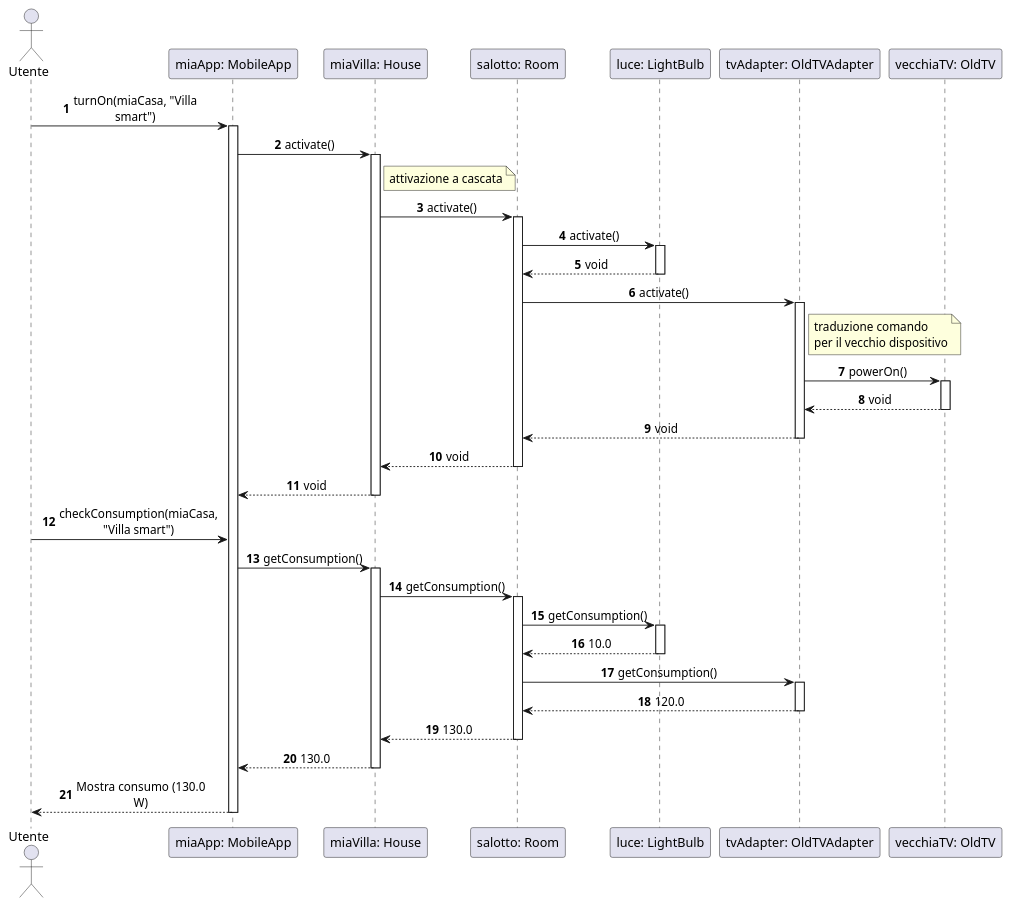
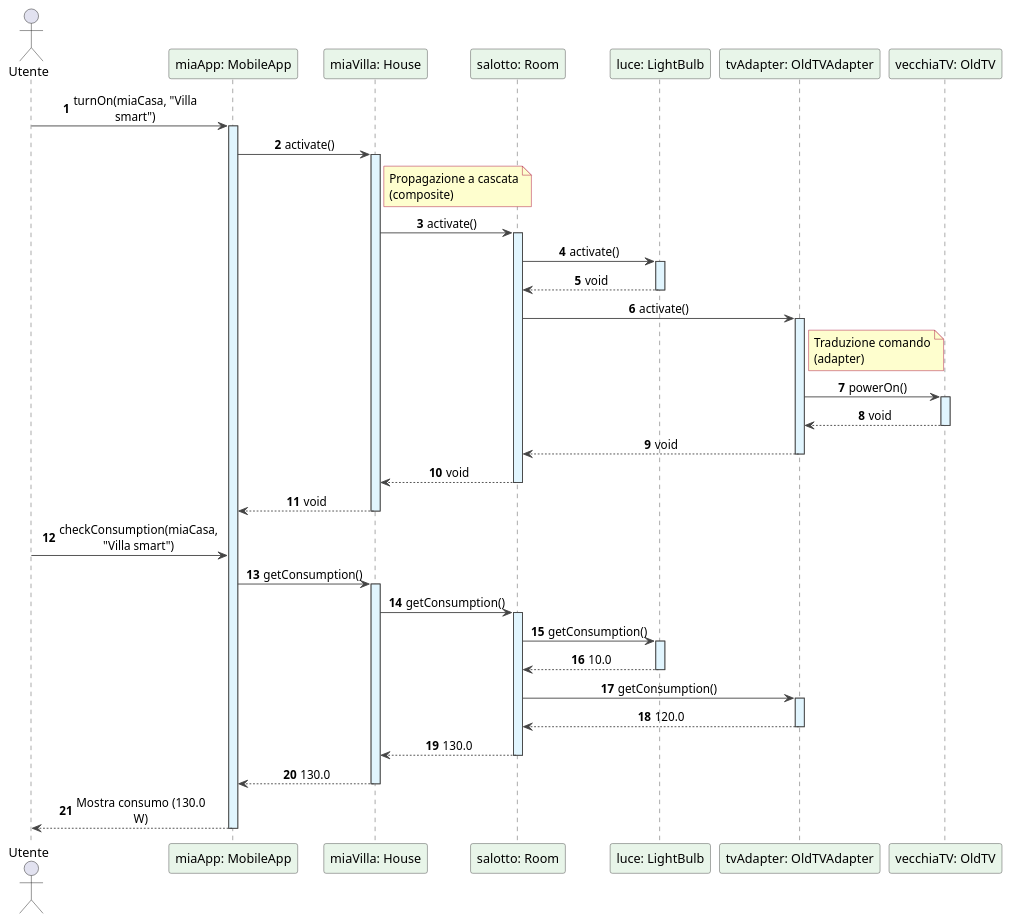
One commit to AndreaDiPietro0/SmartHomeSWE changed the diagram in uml/sequence_composite_adapter.puml. Above: the diagram before and after it, drawn with PlantUML. The commit also changed 5 other files, not shown here.

```diff
--- a/uml/sequence_composite_adapter.puml
+++ b/uml/sequence_composite_adapter.puml
@@ -1,72 +1,82 @@
 @startuml
 autonumber
 skinparam maxMessageSize 150
 skinparam sequenceMessageAlign center
+
+skinparam NoteBackgroundColor #FEFECE
+skinparam NoteBorderColor #A80036
+skinparam sequence {
+    ArrowColor #444444
+    LifeLineBorderColor #444444
+    LifeLineBackgroundColor #E1F5FE
+    ParticipantBorderColor #444444
+    ParticipantBackgroundColor #E8F5E9
+}
 
 actor Utente as U
 participant "miaApp: MobileApp" as App
 participant "miaVilla: House" as H
 participant "salotto: Room" as R
 participant "luce: LightBulb" as L
 participant "tvAdapter: OldTVAdapter" as Adp
 participant "vecchiaTV: OldTV" as TV
 
 U -> App : turnOn(miaCasa, "Villa smart")
 activate App
 
 App -> H : activate()
 activate H
-note right of H : attivazione a cascata
+note right of H : Propagazione a cascata\n(composite)
 
 H -> R : activate()
 activate R
 
 R -> L : activate()
 activate L
 L --> R : void
 deactivate L
 
 R -> Adp : activate()
 activate Adp
-note right of Adp : traduzione comando\nper il vecchio dispositivo
+note right of Adp : Traduzione comando\n(adapter)
 
 Adp -> TV : powerOn()
 activate TV
 TV --> Adp : void
 deactivate TV
 
 Adp --> R : void
 deactivate Adp
 
 R --> H : void
 deactivate R
 
 H --> App : void
 deactivate H
 
 U -> App : checkConsumption(miaCasa, "Villa smart")
 App -> H : getConsumption()
 activate H
 H -> R : getConsumption()
 activate R
 
 R -> L : getConsumption()
 activate L
 L --> R : 10.0
 deactivate L
 
 R -> Adp : getConsumption()
 activate Adp
 Adp --> R : 120.0
 deactivate Adp
 
 R --> H : 130.0
 deactivate R
 
 H --> App : 130.0
 deactivate H
 
 App --> U : Mostra consumo (130.0 W)
 deactivate App
 
 @enduml
```
